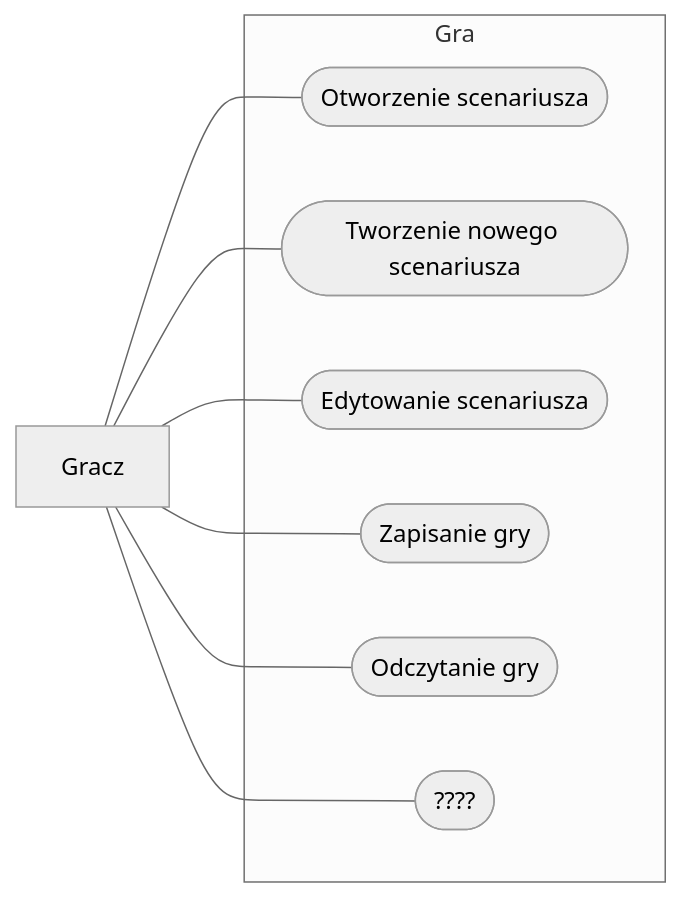
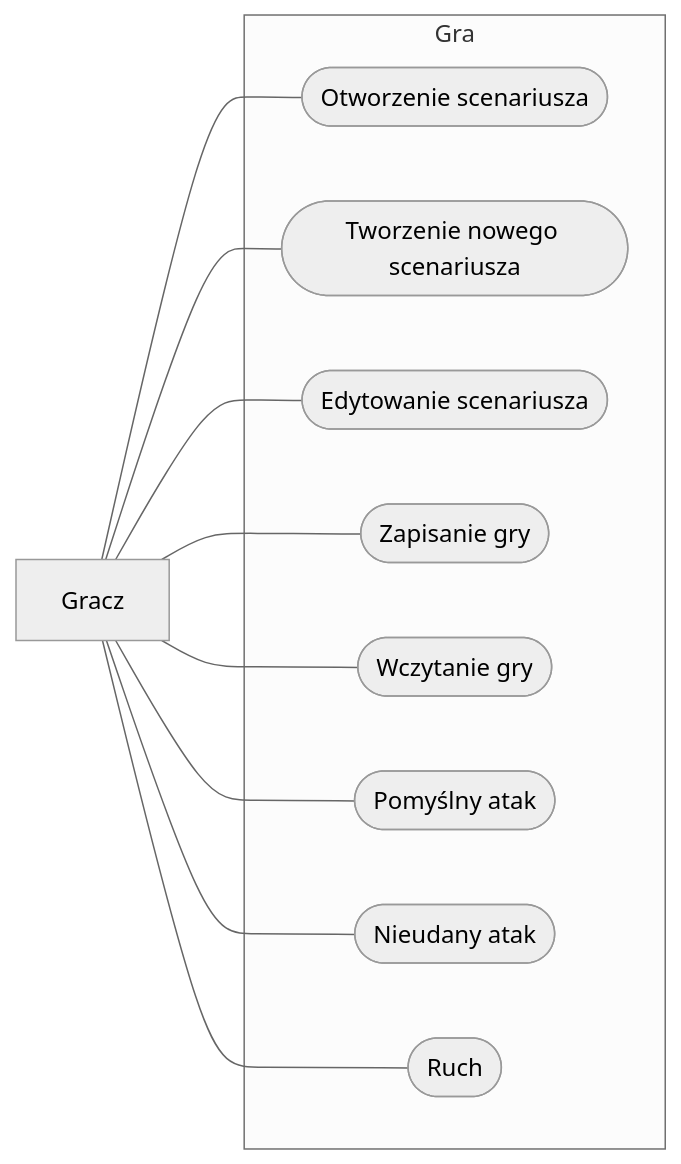
One commit to io-2026-dicegons/dicegons changed the diagram in docs/zadanie3/UseCaseView.md. Above: the diagram before and after it, drawn with Mermaid (neutral theme).

Commit message:
add missing UC to diagram

````diff
--- a/docs/zadanie3/UseCaseView.md
+++ b/docs/zadanie3/UseCaseView.md
@@ -1,20 +1,24 @@
 ```mermaid
 graph LR;
     subgraph Gra;
       U01([ Otworzenie scenariusza]);
       U02([ Tworzenie nowego scenariusza]);
       U03([ Edytowanie scenariusza]);
       U04([ Zapisanie gry]);
-      U05([ Odczytanie gry]);
-      U06([ ????]);
+      U05([ Wczytanie gry]);
+      U06([ Pomyślny atak]);
+      U07([ Nieudany atak]);
+      U08([ Ruch]);
     end;
 
 Gracz[ Gracz];
 
-Gracz---U01;
+Gracz --- U01;
 Gracz --- U02;
 Gracz --- U03;
 Gracz --- U04;
 Gracz --- U05;
 Gracz --- U06;
+Gracz --- U07;
+Gracz --- U08;
 ```
````
